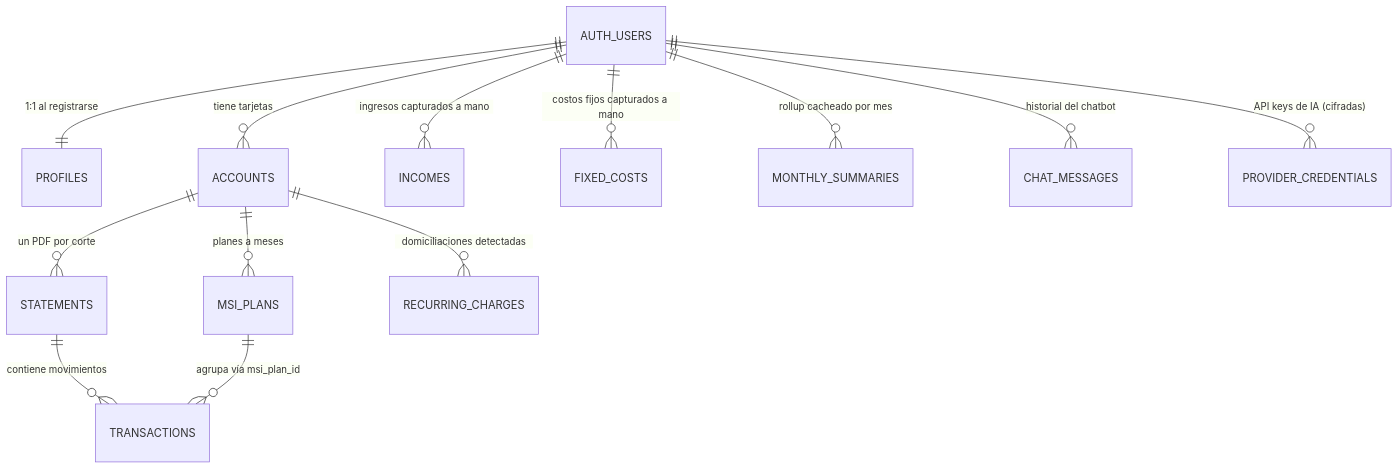
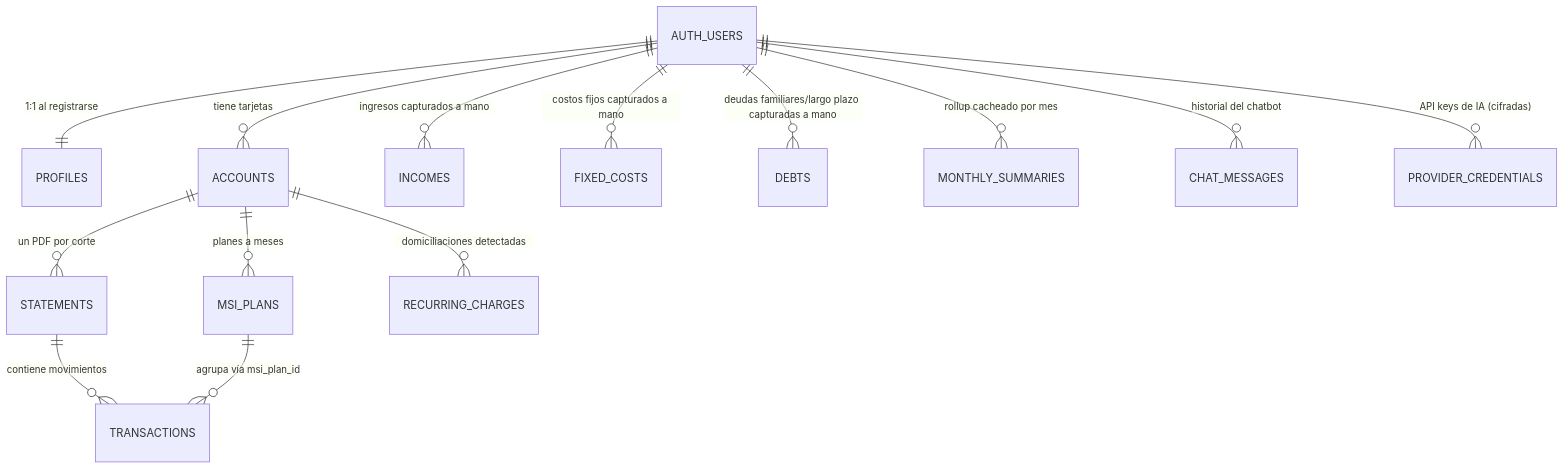
One commit to GerGodfrey/ancestros-finanzas-app changed the diagram in docs/database-design.md. Above: the diagram before and after it, drawn with Mermaid. The commit also changed other lines of this file and 5 other files, not shown here.

````diff
--- a/docs/database-design.md
+++ b/docs/database-design.md
@@ -29,15 +29,16 @@
 ```mermaid
 erDiagram
   AUTH_USERS ||--|| PROFILES : "1:1 al registrarse"
   AUTH_USERS ||--o{ ACCOUNTS : "tiene tarjetas"
   ACCOUNTS ||--o{ STATEMENTS : "un PDF por corte"
   STATEMENTS ||--o{ TRANSACTIONS : "contiene movimientos"
   ACCOUNTS ||--o{ MSI_PLANS : "planes a meses"
   MSI_PLANS ||--o{ TRANSACTIONS : "agrupa vía msi_plan_id"
   ACCOUNTS ||--o{ RECURRING_CHARGES : "domiciliaciones detectadas"
   AUTH_USERS ||--o{ INCOMES : "ingresos capturados a mano"
   AUTH_USERS ||--o{ FIXED_COSTS : "costos fijos capturados a mano"
+  AUTH_USERS ||--o{ DEBTS : "deudas familiares/largo plazo capturadas a mano"
   AUTH_USERS ||--o{ MONTHLY_SUMMARIES : "rollup cacheado por mes"
   AUTH_USERS ||--o{ CHAT_MESSAGES : "historial del chatbot"
   AUTH_USERS ||--o{ PROVIDER_CREDENTIALS : "API keys de IA (cifradas)"
 ```
````
